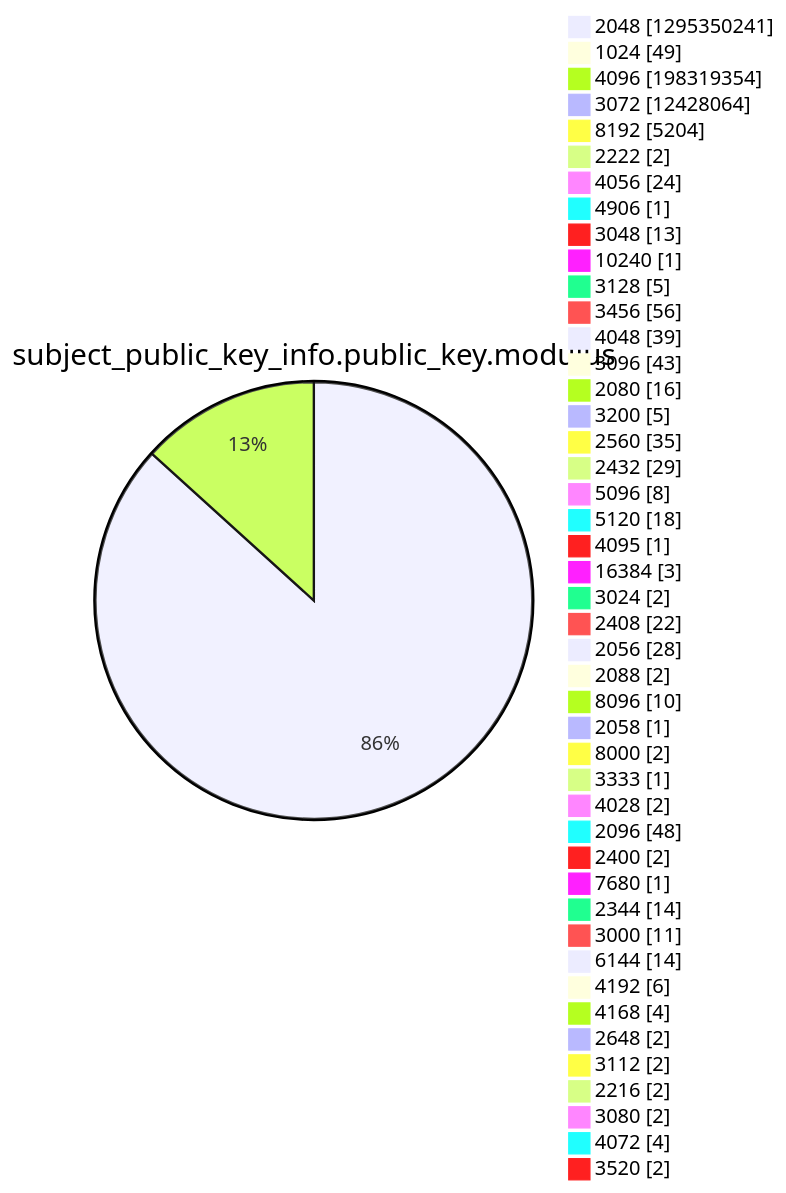
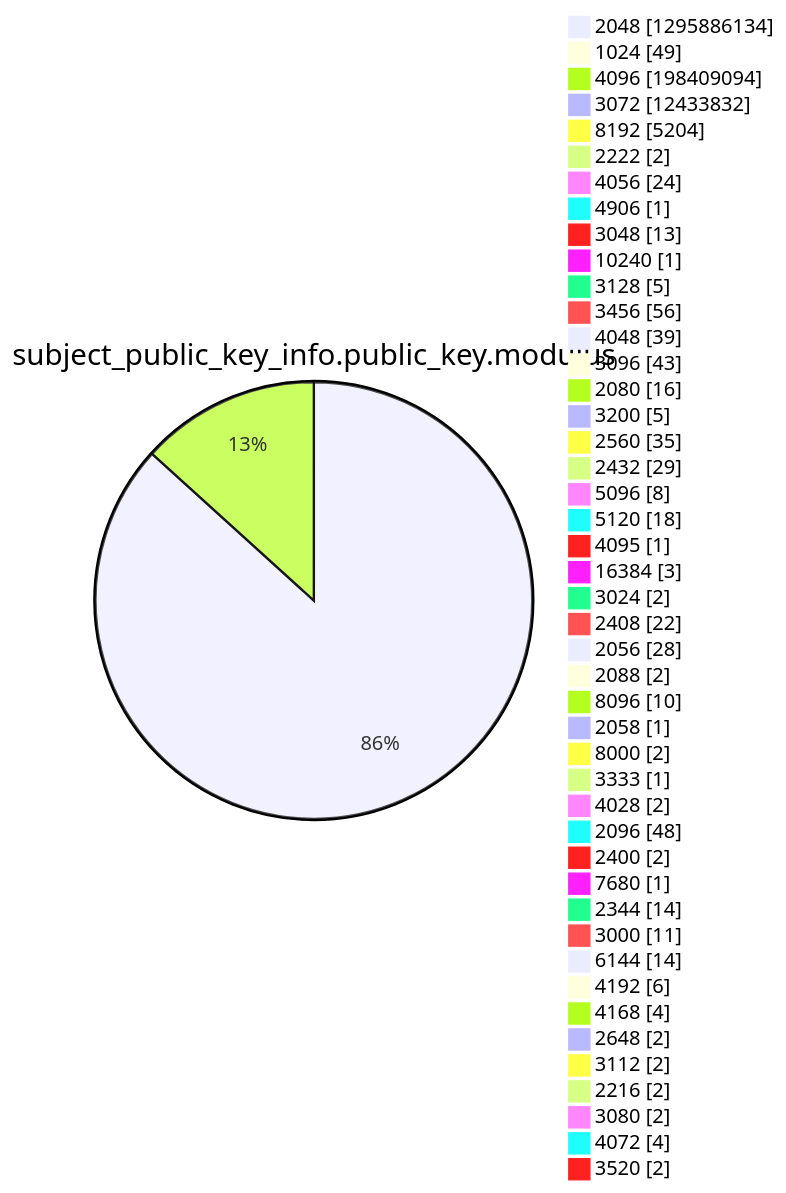
One commit to christiankrug/ctmonitor_visualization changed diagram 13 of 15 in xenon2022/README.md. Above: the diagram before and after it, drawn with Mermaid. The commit also changed other lines of this file, not shown here.

````diff
--- a/xenon2022/README.md
+++ b/xenon2022/README.md
@@ -3921,49 +3921,49 @@
 ```mermaid
 pie showData
 title subject_public_key_info.public_key.modulus
-"2048" :1295350241
+"2048" :1295886134
 "1024" :49
-"4096" :198319354
-"3072" :12428064
+"4096" :198409094
+"3072" :12433832
 "8192" :5204
 "2222" :2
 "4056" :24
 "4906" :1
 "3048" :13
 "10240" :1
 "3128" :5
 "3456" :56
 "4048" :39
 "3096" :43
 "2080" :16
 "3200" :5
 "2560" :35
 "2432" :29
 "5096" :8
 "5120" :18
 "4095" :1
 "16384" :3
 "3024" :2
 "2408" :22
 "2056" :28
 "2088" :2
 "8096" :10
 "2058" :1
 "8000" :2
 "3333" :1
 "4028" :2
 "2096" :48
 "2400" :2
 "7680" :1
 "2344" :14
 "3000" :11
 "6144" :14
 "4192" :6
 "4168" :4
 "2648" :2
 "3112" :2
 "2216" :2
 "3080" :2
 "4072" :4
 "3520" :2
 ```
````
